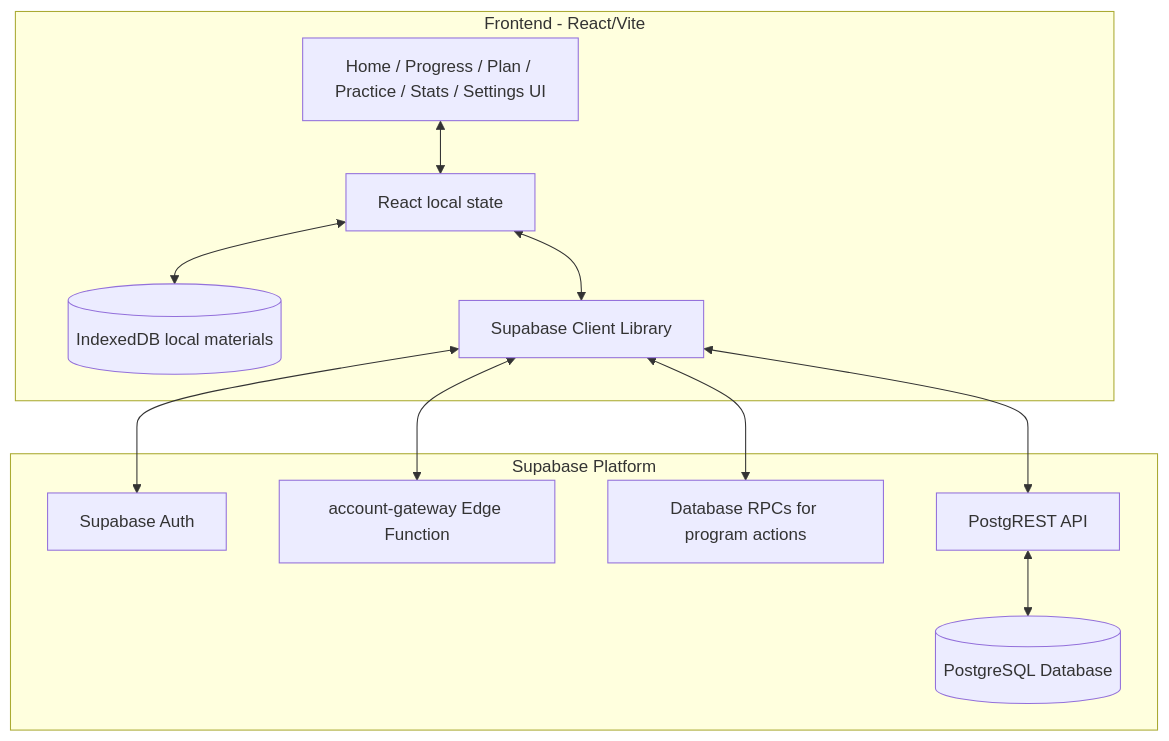
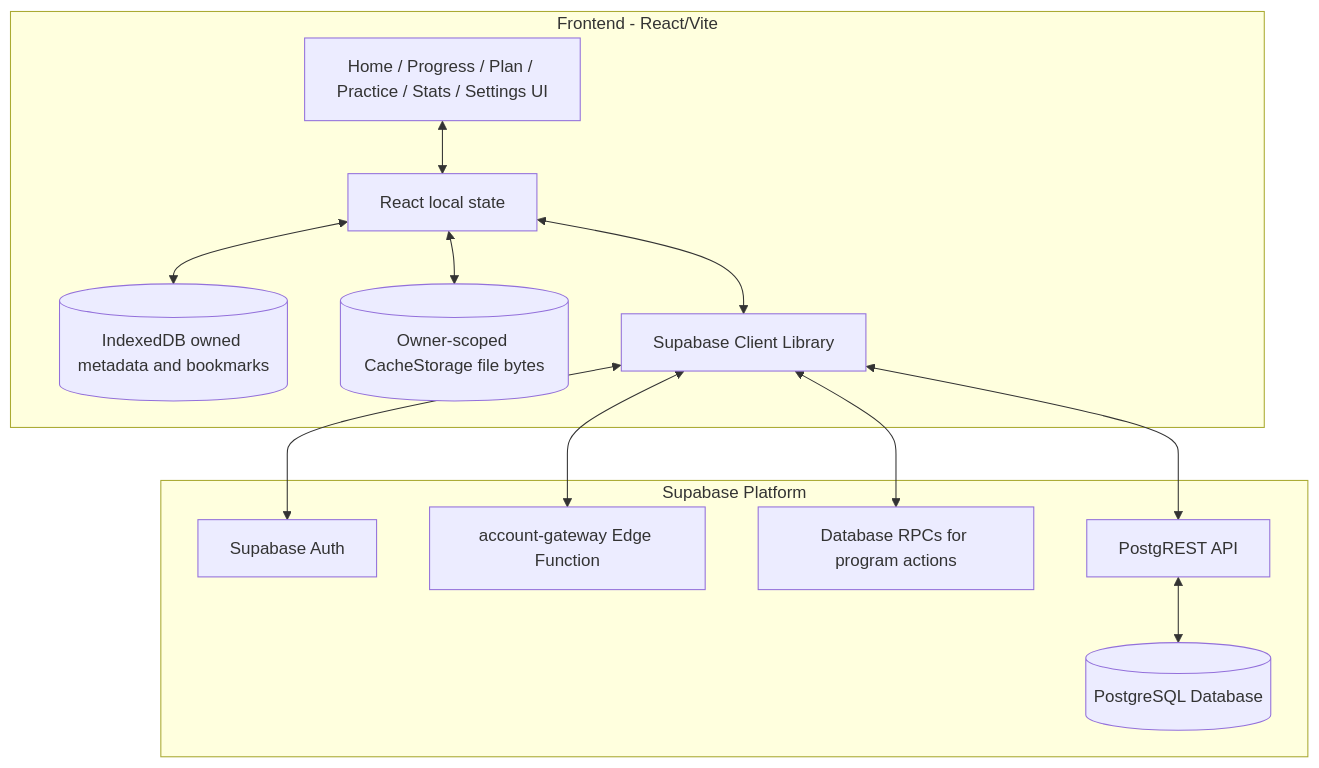
The diagram in docs/architecture.md (pro100seva-stack/guitar-practice-hub), drawn with Mermaid before and after one commit. The commit also changed other lines of this file and 50 other files, not shown here.

````diff
--- a/docs/architecture.md
+++ b/docs/architecture.md
@@ -7,26 +7,28 @@
 ```mermaid
 graph TD
     subgraph Client_Side [Frontend - React/Vite]
         UI[Home / Progress / Plan / Practice / Stats / Settings UI]
         State[React local state]
-        LocalStore[(IndexedDB local materials)]
+        LocalMetadata[(IndexedDB owned metadata and bookmarks)]
+        LocalBytes[(Owner-scoped CacheStorage file bytes)]
         SupabaseClient[Supabase Client Library]
     end
 
     subgraph Backend_as_a_Service [Supabase Platform]
         Auth[Supabase Auth]
         Edge[account-gateway Edge Function]
         RPC[Database RPCs for program actions]
         API[PostgREST API]
         DB[(PostgreSQL Database)]
     end
 
     UI <--> State
     State <--> SupabaseClient
-    State <--> LocalStore
+    State <--> LocalMetadata
+    State <--> LocalBytes
     SupabaseClient <--> Auth
     SupabaseClient <--> Edge
     SupabaseClient <--> RPC
     SupabaseClient <--> API
     API <--> DB
 ```
````
